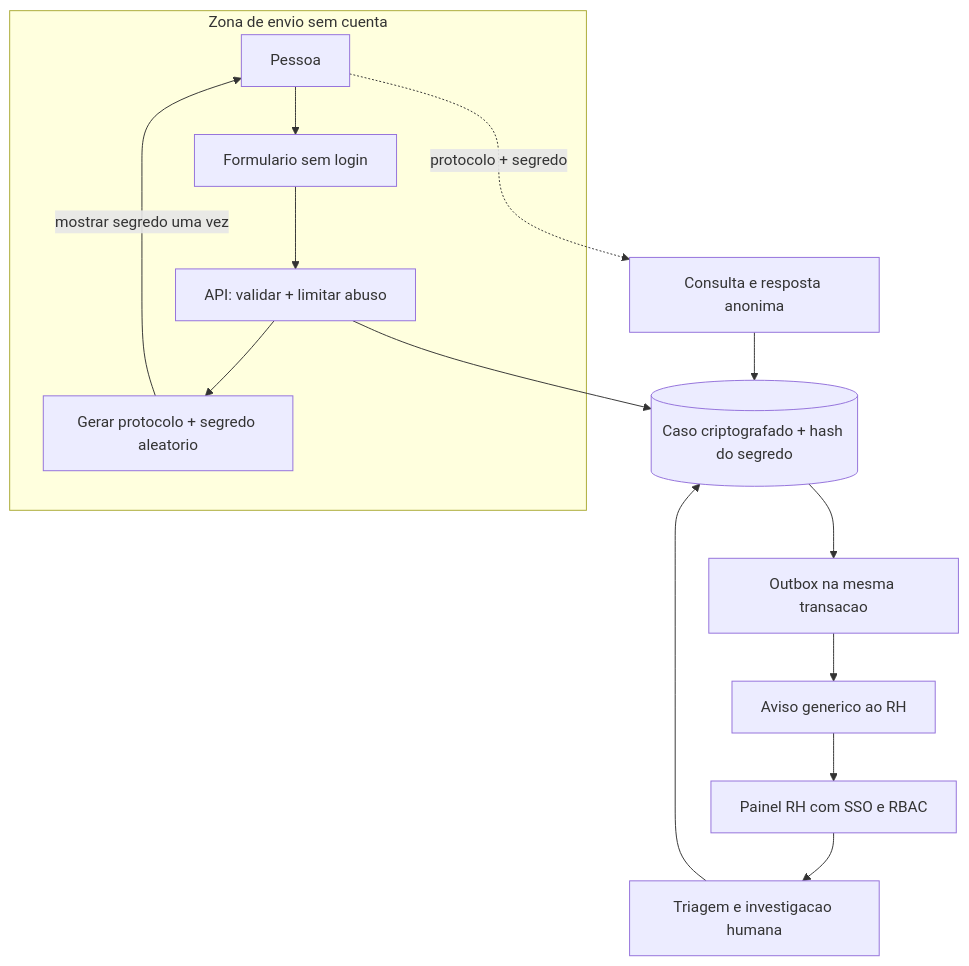
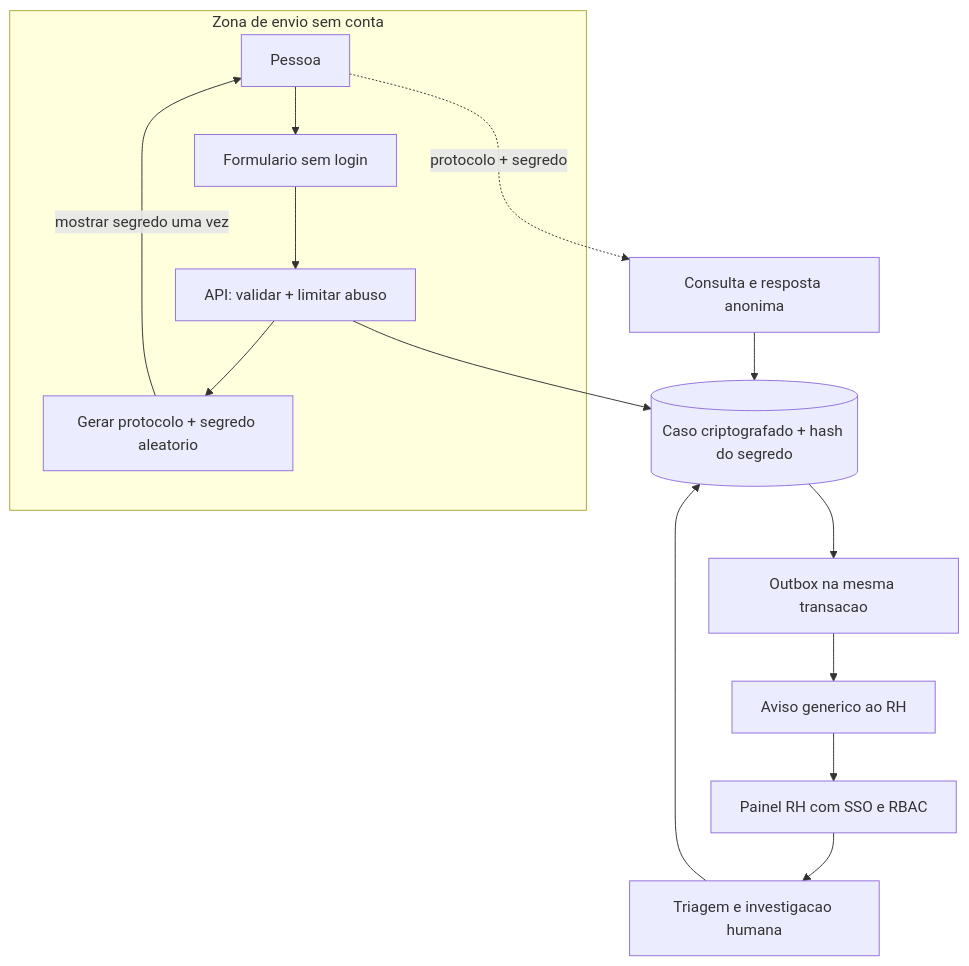
Before and after one commit to GabrielAraujoGit/Questions: the third of 3 diagrams in README.md, drawn with Mermaid.

Commit message:
Corrigir rotulo do diagrama da ouvidoria

````diff
--- a/README.md
+++ b/README.md
@@ -143,17 +143,17 @@
 ```mermaid
 flowchart TD
-    subgraph ANON[Zona de envio sem cuenta]
+    subgraph ANON[Zona de envio sem conta]
         A[Pessoa] --> B[Formulario sem login]
         B --> C[API: validar + limitar abuso]
         C --> D[Gerar protocolo + segredo aleatorio]
     end
     D -->|mostrar segredo uma vez| A
     C --> E[(Caso criptografado + hash do segredo)]
     E --> F[Outbox na mesma transacao]
     F --> G[Aviso generico ao RH]
     G --> H[Painel RH com SSO e RBAC]
     H --> I[Triagem e investigacao humana]
     I --> E
     A -.->|protocolo + segredo| J[Consulta e resposta anonima]
     J --> E
 ```
````
